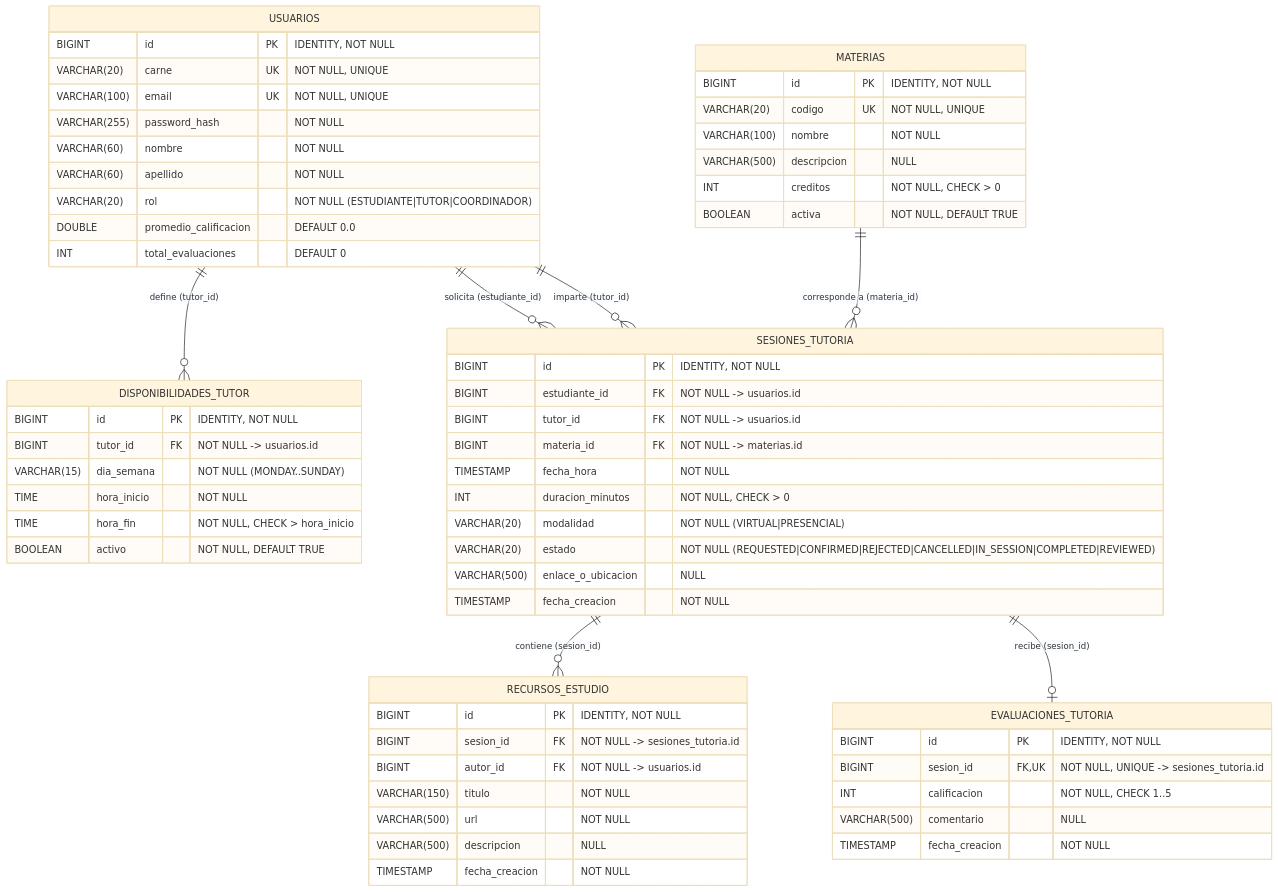
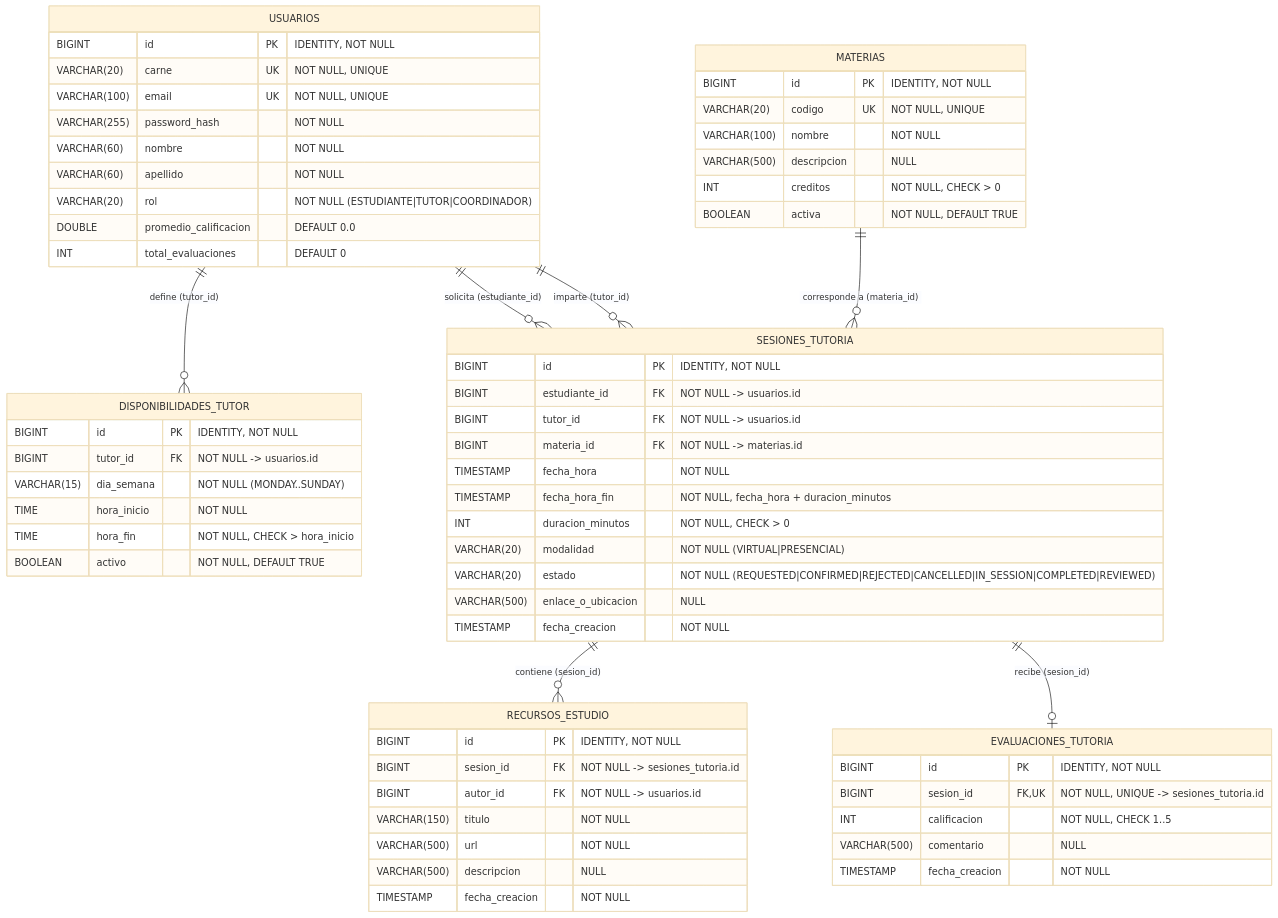
Before and after one commit to KenML15/dsw4-2026-equipoXX-edumentor-backend: the diagram in docs/ERD.md, drawn with Mermaid (base theme). The commit also changed other lines of this file, not shown here.

Commit message:
docs: agregar fecha_hora_fin al ERD

````diff
--- a/docs/ERD.md
+++ b/docs/ERD.md
@@ -11,70 +11,71 @@
 ```mermaid
 erDiagram
     USUARIOS ||--o{ DISPONIBILIDADES_TUTOR : "define (tutor_id)"
     USUARIOS ||--o{ SESIONES_TUTORIA : "solicita (estudiante_id)"
     USUARIOS ||--o{ SESIONES_TUTORIA : "imparte (tutor_id)"
     MATERIAS ||--o{ SESIONES_TUTORIA : "corresponde a (materia_id)"
     SESIONES_TUTORIA ||--o{ RECURSOS_ESTUDIO : "contiene (sesion_id)"
     SESIONES_TUTORIA ||--o| EVALUACIONES_TUTORIA : "recibe (sesion_id)"
 
     USUARIOS {
         BIGINT id PK "IDENTITY, NOT NULL"
         VARCHAR(20) carne UK "NOT NULL, UNIQUE"
         VARCHAR(100) email UK "NOT NULL, UNIQUE"
         VARCHAR(255) password_hash "NOT NULL"
         VARCHAR(60) nombre "NOT NULL"
         VARCHAR(60) apellido "NOT NULL"
         VARCHAR(20) rol "NOT NULL (ESTUDIANTE|TUTOR|COORDINADOR)"
         DOUBLE promedio_calificacion "DEFAULT 0.0"
         INT total_evaluaciones "DEFAULT 0"
     }
 
     MATERIAS {
         BIGINT id PK "IDENTITY, NOT NULL"
         VARCHAR(20) codigo UK "NOT NULL, UNIQUE"
         VARCHAR(100) nombre "NOT NULL"
         VARCHAR(500) descripcion "NULL"
         INT creditos "NOT NULL, CHECK > 0"
         BOOLEAN activa "NOT NULL, DEFAULT TRUE"
     }
 
     DISPONIBILIDADES_TUTOR {
         BIGINT id PK "IDENTITY, NOT NULL"
         BIGINT tutor_id FK "NOT NULL -> usuarios.id"
         VARCHAR(15) dia_semana "NOT NULL (MONDAY..SUNDAY)"
         TIME hora_inicio "NOT NULL"
         TIME hora_fin "NOT NULL, CHECK > hora_inicio"
         BOOLEAN activo "NOT NULL, DEFAULT TRUE"
     }
 
     SESIONES_TUTORIA {
         BIGINT id PK "IDENTITY, NOT NULL"
         BIGINT estudiante_id FK "NOT NULL -> usuarios.id"
         BIGINT tutor_id FK "NOT NULL -> usuarios.id"
         BIGINT materia_id FK "NOT NULL -> materias.id"
         TIMESTAMP fecha_hora "NOT NULL"
+        TIMESTAMP fecha_hora_fin "NOT NULL, fecha_hora + duracion_minutos"
         INT duracion_minutos "NOT NULL, CHECK > 0"
         VARCHAR(20) modalidad "NOT NULL (VIRTUAL|PRESENCIAL)"
         VARCHAR(20) estado "NOT NULL (REQUESTED|CONFIRMED|REJECTED|CANCELLED|IN_SESSION|COMPLETED|REVIEWED)"
         VARCHAR(500) enlace_o_ubicacion "NULL"
         TIMESTAMP fecha_creacion "NOT NULL"
     }
 
     RECURSOS_ESTUDIO {
         BIGINT id PK "IDENTITY, NOT NULL"
         BIGINT sesion_id FK "NOT NULL -> sesiones_tutoria.id"
         BIGINT autor_id FK "NOT NULL -> usuarios.id"
         VARCHAR(150) titulo "NOT NULL"
         VARCHAR(500) url "NOT NULL"
         VARCHAR(500) descripcion "NULL"
         TIMESTAMP fecha_creacion "NOT NULL"
     }
 
     EVALUACIONES_TUTORIA {
         BIGINT id PK "IDENTITY, NOT NULL"
         BIGINT sesion_id FK,UK "NOT NULL, UNIQUE -> sesiones_tutoria.id"
         INT calificacion "NOT NULL, CHECK 1..5"
         VARCHAR(500) comentario "NULL"
         TIMESTAMP fecha_creacion "NOT NULL"
     }
 ```
````
